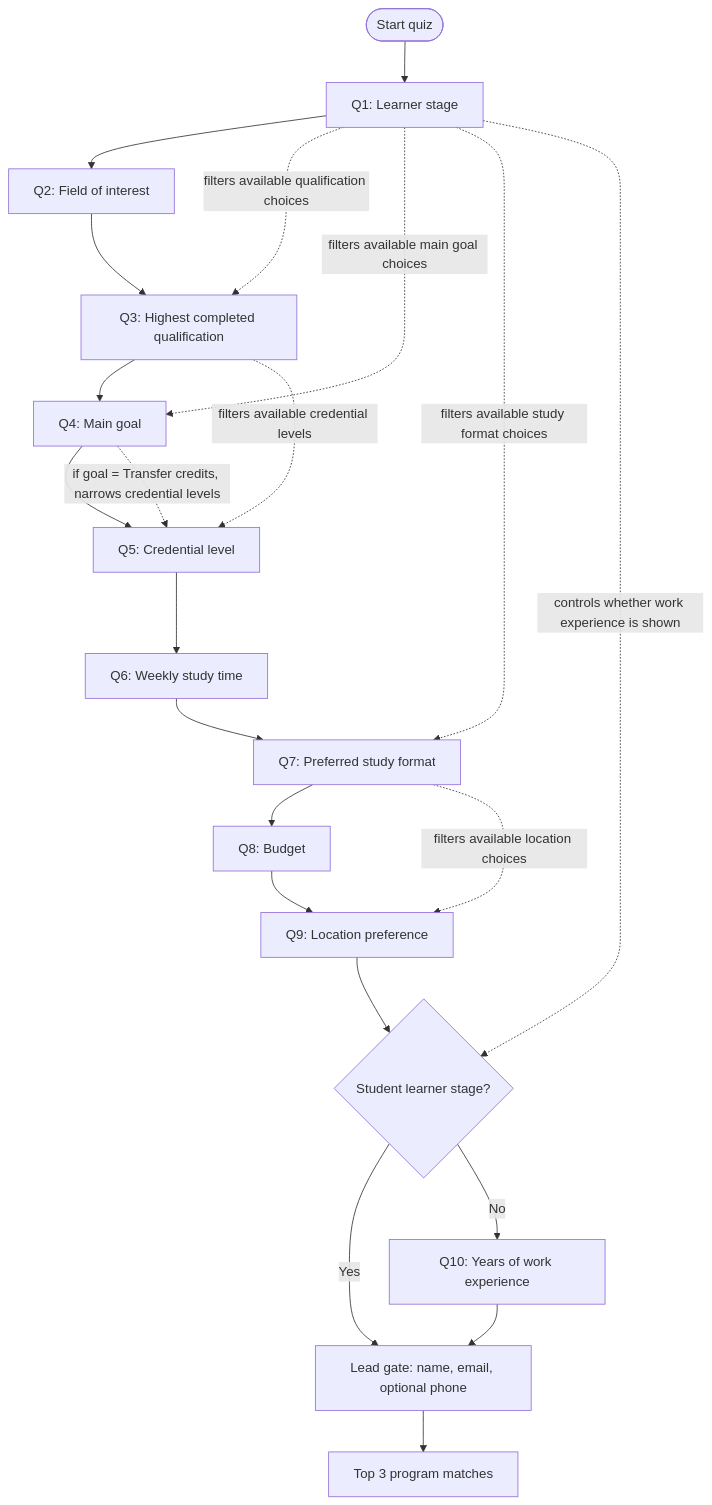
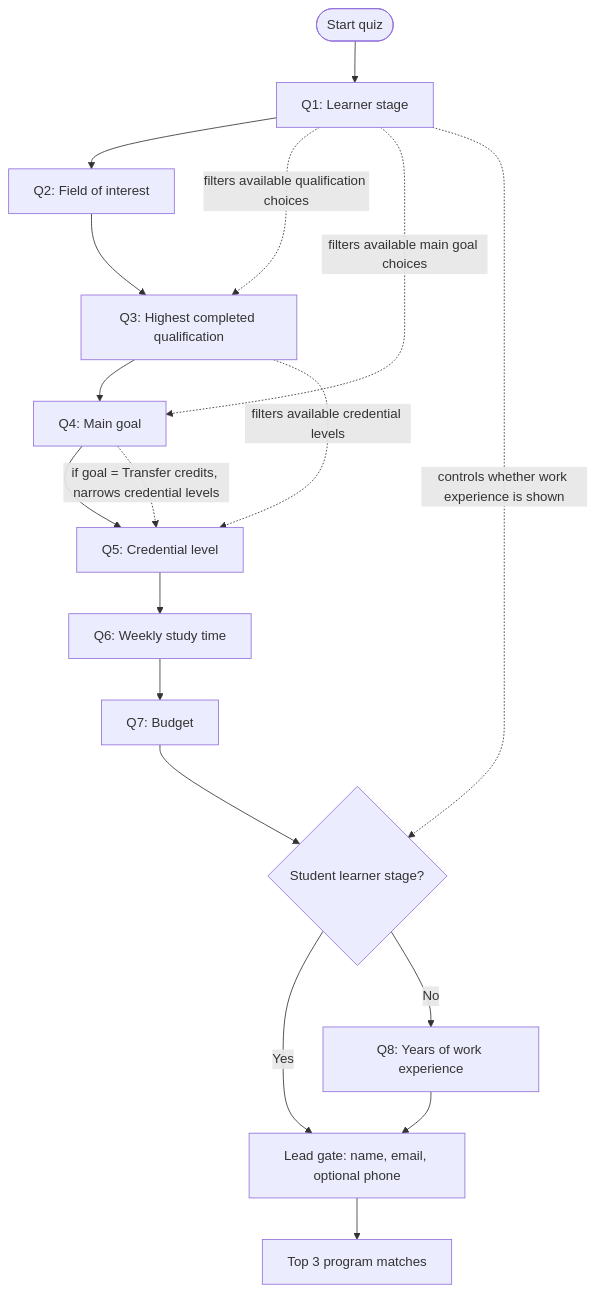
One commit to okkhapare/ono-collegenroll-landers changed the first of 2 diagrams in quiz-flow-review.md. Above: the diagram before and after it, drawn with Mermaid. The commit also changed other lines of this file and 3 other files, not shown here.

````diff
--- a/quiz-flow-review.md
+++ b/quiz-flow-review.md
@@ -5,41 +5,35 @@
 ```mermaid
 flowchart TD
   Start([Start quiz])
 
   Q1["Q1: Learner stage"]
   Q2["Q2: Field of interest"]
   Q3["Q3: Highest completed qualification"]
   Q4["Q4: Main goal"]
   Q5["Q5: Credential level"]
   Q6["Q6: Weekly study time"]
-  Q7["Q7: Preferred study format"]
-  Q8["Q8: Budget"]
-  Q9["Q9: Location preference"]
-  Q10["Q10: Years of work experience"]
+  Q7["Q7: Budget"]
+  Q8["Q8: Years of work experience"]
   Lead["Lead gate: name, email, optional phone"]
   Results["Top 3 program matches"]
 
   Start --> Q1
   Q1 --> Q2
   Q2 --> Q3
   Q3 --> Q4
   Q4 --> Q5
   Q5 --> Q6
   Q6 --> Q7
-  Q7 --> Q8
-  Q8 --> Q9
-  Q9 --> StageCheck{"Student learner stage?"}
+  Q7 --> StageCheck{"Student learner stage?"}
   StageCheck -->|"Yes"| Lead
-  StageCheck -->|"No"| Q10
-  Q10 --> Lead
+  StageCheck -->|"No"| Q8
+  Q8 --> Lead
   Lead --> Results
 
   Q1 -. "filters available qualification choices" .-> Q3
   Q1 -. "filters available main goal choices" .-> Q4
-  Q1 -. "filters available study format choices" .-> Q7
   Q1 -. "controls whether work experience is shown" .-> StageCheck
 
   Q3 -. "filters available credential levels" .-> Q5
   Q4 -. "if goal = Transfer credits, narrows credential levels" .-> Q5
-  Q7 -. "filters available location choices" .-> Q9
 ```
````
